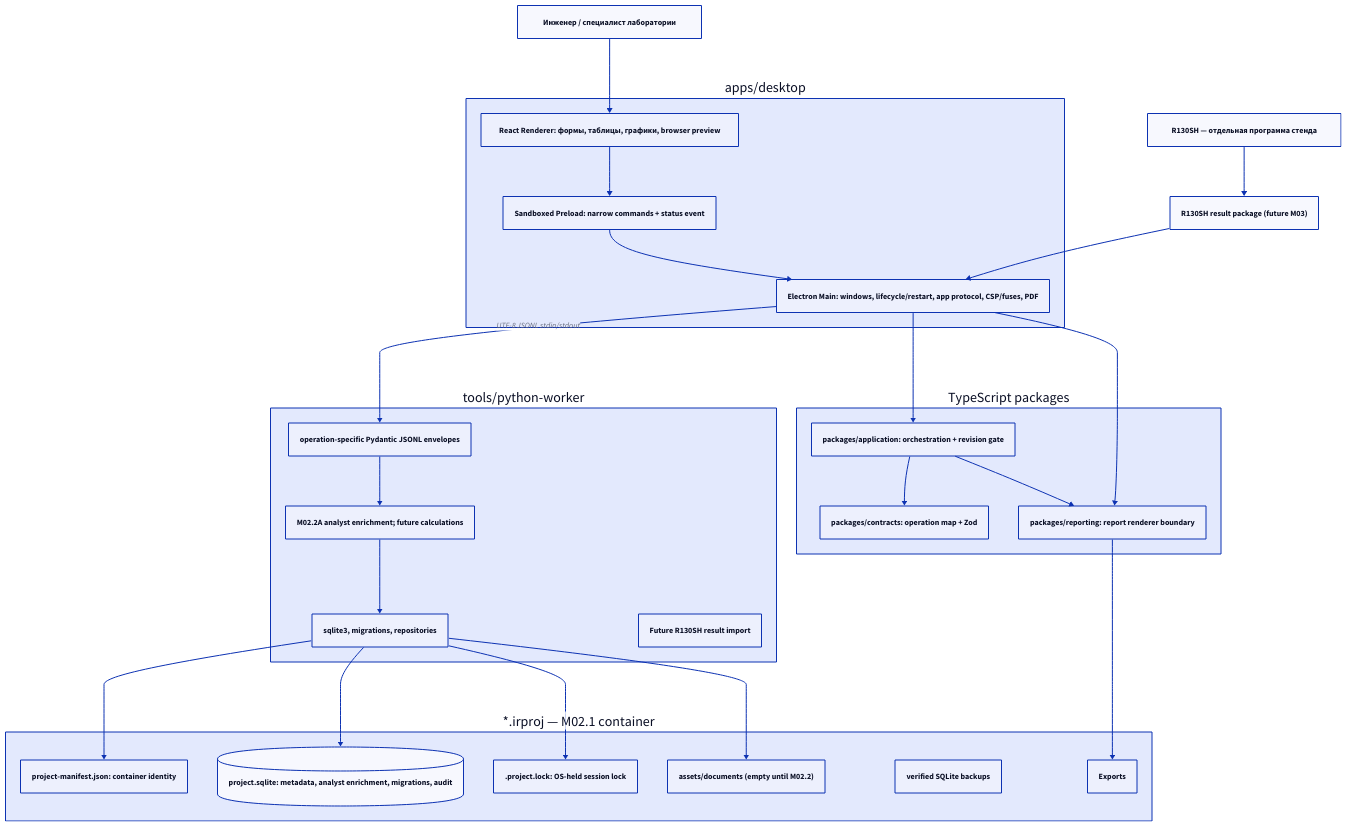
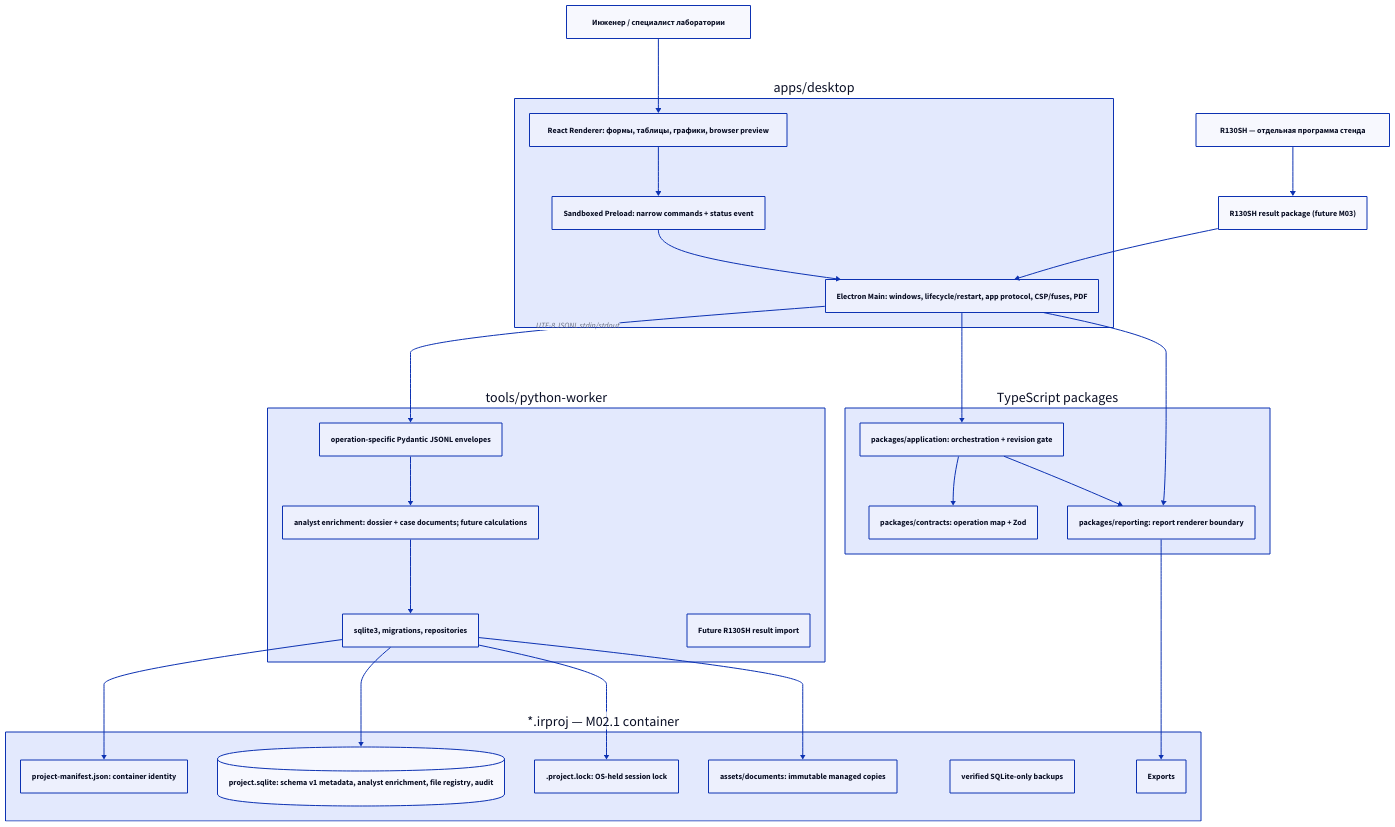
Before and after one commit to vitalcc55/impeller-reliability: the diagram in docs/architecture/system-context-module-map.md, drawn with D2. The commit also changed other lines of this file and 54 other files, not shown here.

````diff
--- a/docs/architecture/system-context-module-map.md
+++ b/docs/architecture/system-context-module-map.md
@@ -5,53 +5,53 @@
 ```d2
 direction: down
 
 Engineer: "Инженер / специалист лаборатории"
 R130SH: "R130SH — отдельная программа стенда"
 RunPackage: "R130SH result package (future M03)"
 
 Desktop: "apps/desktop" {
   Renderer: "React Renderer: формы, таблицы, графики, browser preview"
   Preload: "Sandboxed Preload: narrow commands + status event"
   Main: "Electron Main: windows, lifecycle/restart, app protocol, CSP/fuses, PDF"
 }
 
 TypeScript: "TypeScript packages" {
   Contracts: "packages/contracts: operation map + Zod"
   Application: "packages/application: orchestration + revision gate"
   Reporting: "packages/reporting: report renderer boundary"
 }
 
 Worker: "tools/python-worker" {
   Protocol: "operation-specific Pydantic JSONL envelopes"
-  Domain: "M02.2A analyst enrichment; future calculations"
+  Domain: "analyst enrichment: dossier + case documents; future calculations"
   Persistence: "sqlite3, migrations, repositories"
   Integration: "Future R130SH result import"
 }
 
 Project: "*.irproj — M02.1 container" {
   Manifest: "project-manifest.json: container identity"
-  Database: "project.sqlite: metadata, analyst enrichment, migrations, audit" { shape: cylinder }
+  Database: "project.sqlite: schema v1 metadata, analyst enrichment, file registry, audit" { shape: cylinder }
   Lock: ".project.lock: OS-held session lock"
-  Assets: "assets/documents (empty until M02.2)"
-  Backups: "verified SQLite backups"
+  Assets: "assets/documents: immutable managed copies"
+  Backups: "verified SQLite-only backups"
 }
 
 Engineer -> Desktop.Renderer
 Desktop.Renderer -> Desktop.Preload
 Desktop.Preload -> Desktop.Main
 Desktop.Main -> TypeScript.Application
 TypeScript.Application -> TypeScript.Contracts
 Desktop.Main -> Worker.Protocol: "UTF-8 JSONL stdin/stdout"
 Worker.Protocol -> Worker.Domain
 Worker.Domain -> Worker.Persistence
 Worker.Persistence -> Project.Database
 Worker.Persistence -> Project.Manifest
 Worker.Persistence -> Project.Lock
 Worker.Persistence -> Project.Assets
 TypeScript.Application -> TypeScript.Reporting
 Desktop.Main -> TypeScript.Reporting
 TypeScript.Reporting -> Project.Exports
 
 R130SH -> RunPackage
 RunPackage -> Desktop.Main
 ```
````
